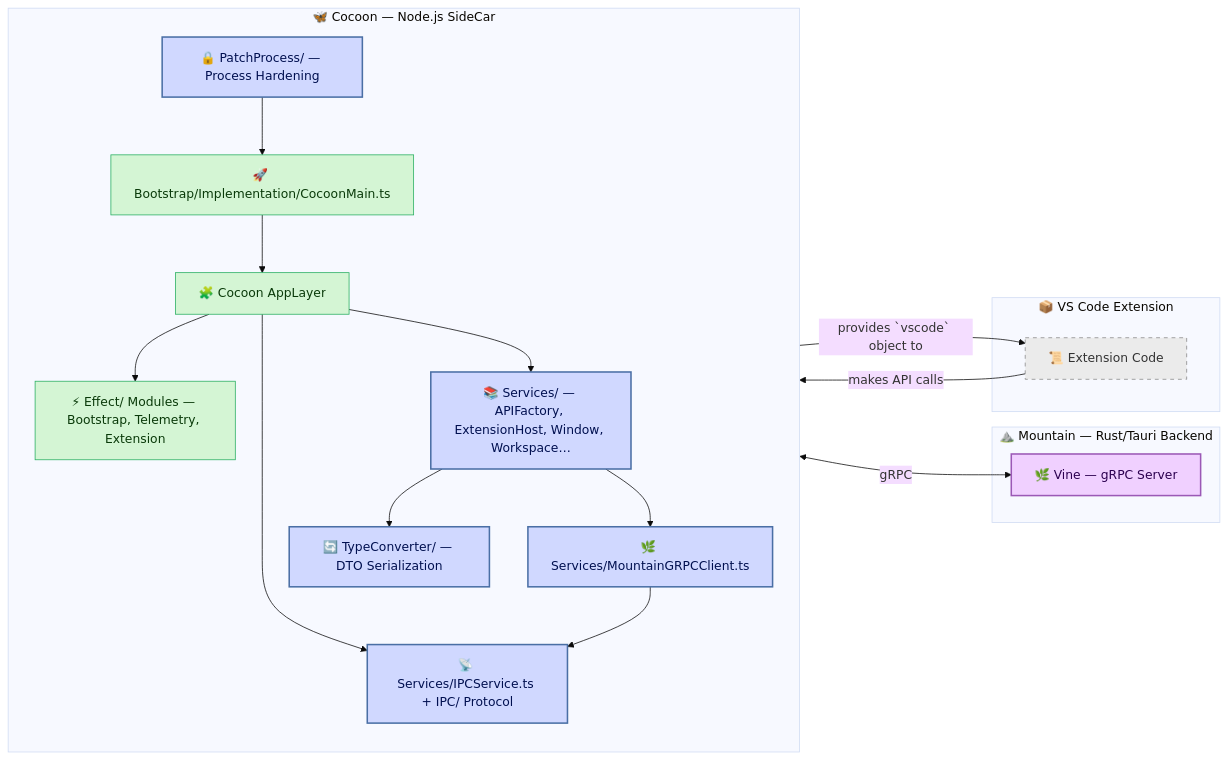
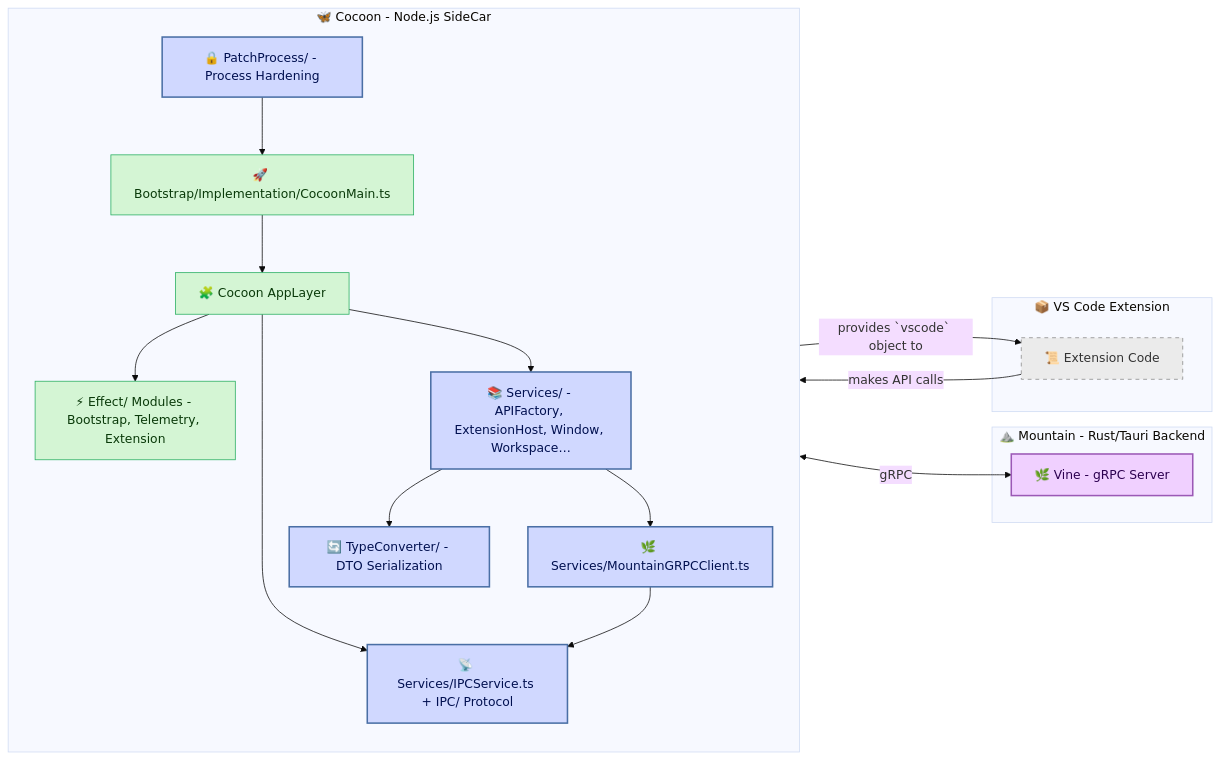
One commit to CodeEditorLand/Cocoon changed the diagram in README.md. Above: the diagram before and after it, drawn with Mermaid (base theme). The commit also changed other lines of this file and 5 other files, not shown here.

````diff
--- a/README.md
+++ b/README.md
@@ -156,40 +162,40 @@
 ```mermaid
 graph LR
     classDef mountain fill:#f0d0ff,stroke:#9b59b6,stroke-width:2px,color:#2c0050;
     classDef cocoon   fill:#d0d8ff,stroke:#4a6fa5,stroke-width:2px,color:#001050;
     classDef effectts fill:#d4f5d4,stroke:#27ae60,stroke-width:1px,color:#0a3a0a;
     classDef vscode   fill:#ebebeb,stroke:#888,stroke-width:1px,stroke-dasharray:5 5,color:#333;
 
-    subgraph "🦋 Cocoon — Node.js SideCar"
+    subgraph "🦋 Cocoon - Node.js SideCar"
         direction TB
         Bootstrap["🚀 Bootstrap/Implementation/CocoonMain.ts"]:::effectts
         AppLayer["🧩 Cocoon AppLayer"]:::effectts
-        EffectModules["⚡ Effect/ Modules — Bootstrap, Telemetry, Extension"]:::effectts
-        PatchProcess["🔒 PatchProcess/ — Process Hardening"]:::cocoon
-        APIServices["📚 Services/ — APIFactory, ExtensionHost, Window, Workspace…"]:::cocoon
+        EffectModules["⚡ Effect/ Modules - Bootstrap, Telemetry, Extension"]:::effectts
+        PatchProcess["🔒 PatchProcess/ - Process Hardening"]:::cocoon
+        APIServices["📚 Services/ - APIFactory, ExtensionHost, Window, Workspace…"]:::cocoon
         IPCService["📡 Services/IPCService.ts + IPC/ Protocol"]:::cocoon
         GRPCClient["🌿 Services/MountainGRPCClient.ts"]:::cocoon
-        TypeConverter["🔄 TypeConverter/ — DTO Serialization"]:::cocoon
+        TypeConverter["🔄 TypeConverter/ - DTO Serialization"]:::cocoon
 
         Bootstrap --> AppLayer
         AppLayer --> EffectModules
         AppLayer --> APIServices
         AppLayer --> IPCService
         APIServices --> GRPCClient
         APIServices --> TypeConverter
         GRPCClient --> IPCService
         PatchProcess --> Bootstrap
     end
 
-    subgraph "⛰️ Mountain — Rust/Tauri Backend"
-        VineGRPC["🌿 Vine — gRPC Server"]:::mountain
+    subgraph "⛰️ Mountain - Rust/Tauri Backend"
+        VineGRPC["🌿 Vine - gRPC Server"]:::mountain
     end
 
     subgraph "📦 VS Code Extension"
         ExtensionCode["📜 Extension Code"]:::vscode
     end
 
     APIServices -- provides `vscode` object to --> ExtensionCode
     ExtensionCode -- makes API calls --> APIServices
     GRPCClient <-- gRPC --> VineGRPC
 ```
````
